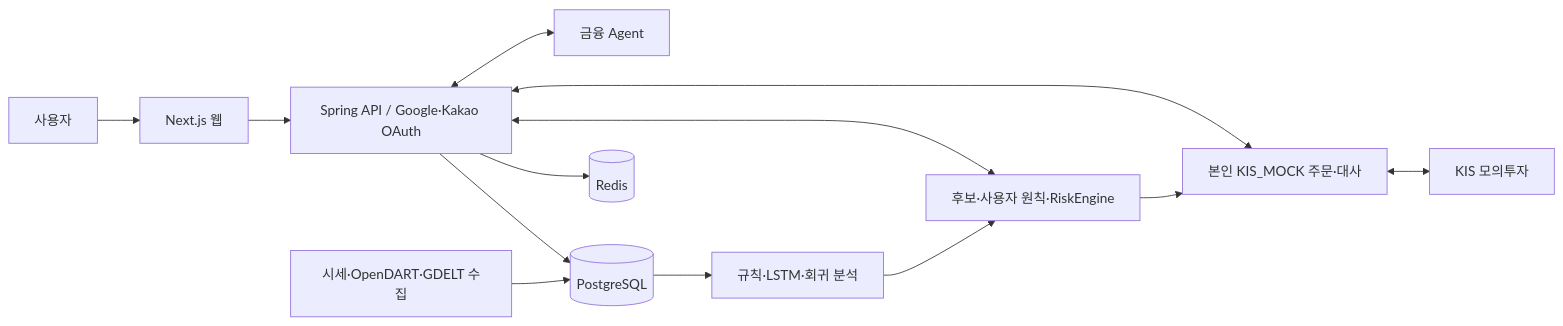
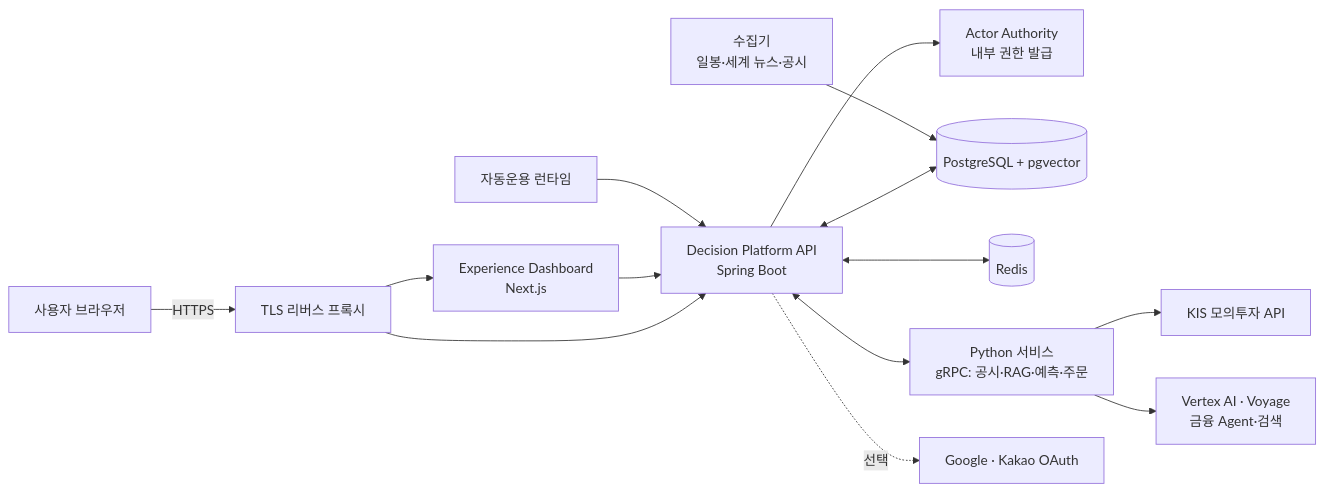
The first of 2 diagrams in README.md (robinhood0107/Capstone-AI-Trading-Coach), drawn with Mermaid before and after one commit. The commit also changed other lines of this file and 2 other files, not shown here.

````diff
--- a/README.md
+++ b/README.md
@@ -48,15 +63,16 @@
 ```mermaid
 flowchart LR
-  U[사용자] --> W[Next.js 웹]
-  W --> A[Spring API / Google·Kakao OAuth]
-  A --> P[(PostgreSQL)]
-  A --> R[(Redis)]
-  D[시세·OpenDART·GDELT 수집] --> P
-  P --> M[규칙·LSTM·회귀 분석]
-  M --> G[후보·사용자 원칙·RiskEngine]
-  G --> B[본인 KIS_MOCK 주문·대사]
-  B <--> K[KIS 모의투자]
-  A <--> G
-  A <--> B
-  A <--> F[금융 Agent]
+  U[사용자 브라우저] -->|HTTPS| T[TLS 리버스 프록시]
+  T --> W[Experience Dashboard<br/>Next.js]
+  T --> A[Decision Platform API<br/>Spring Boot]
+  W --> A
+  A --> AA[Actor Authority<br/>내부 권한 발급]
+  A <--> P[(PostgreSQL + pgvector)]
+  A <--> R[(Redis)]
+  A <--> PY[Python 서비스<br/>gRPC: 공시·RAG·예측·주문]
+  PY --> K[KIS 모의투자 API]
+  PY --> V[Vertex AI · Voyage<br/>금융 Agent·검색]
+  C[수집기<br/>일봉·세계 뉴스·공시] --> P
+  RT[자동운용 런타임] --> A
+  A -. 선택 .-> O[Google · Kakao OAuth]
 ```
````
